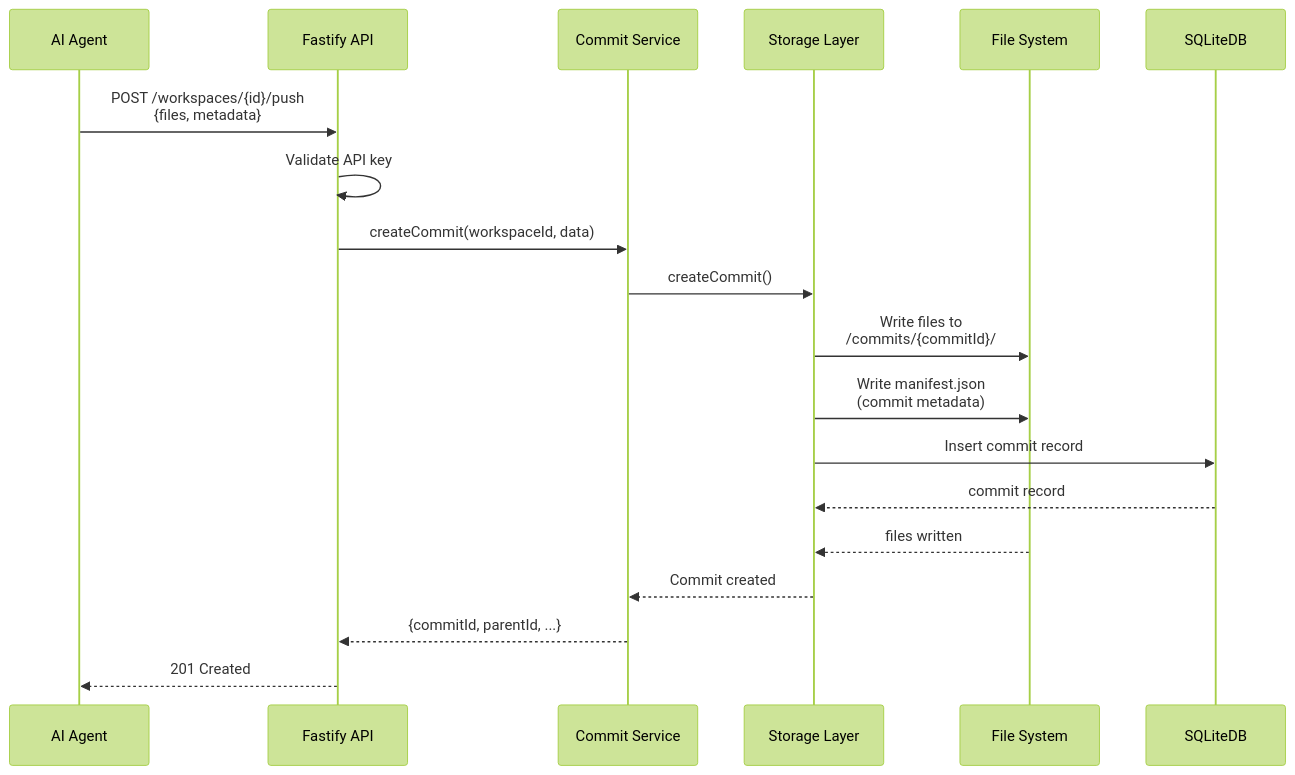
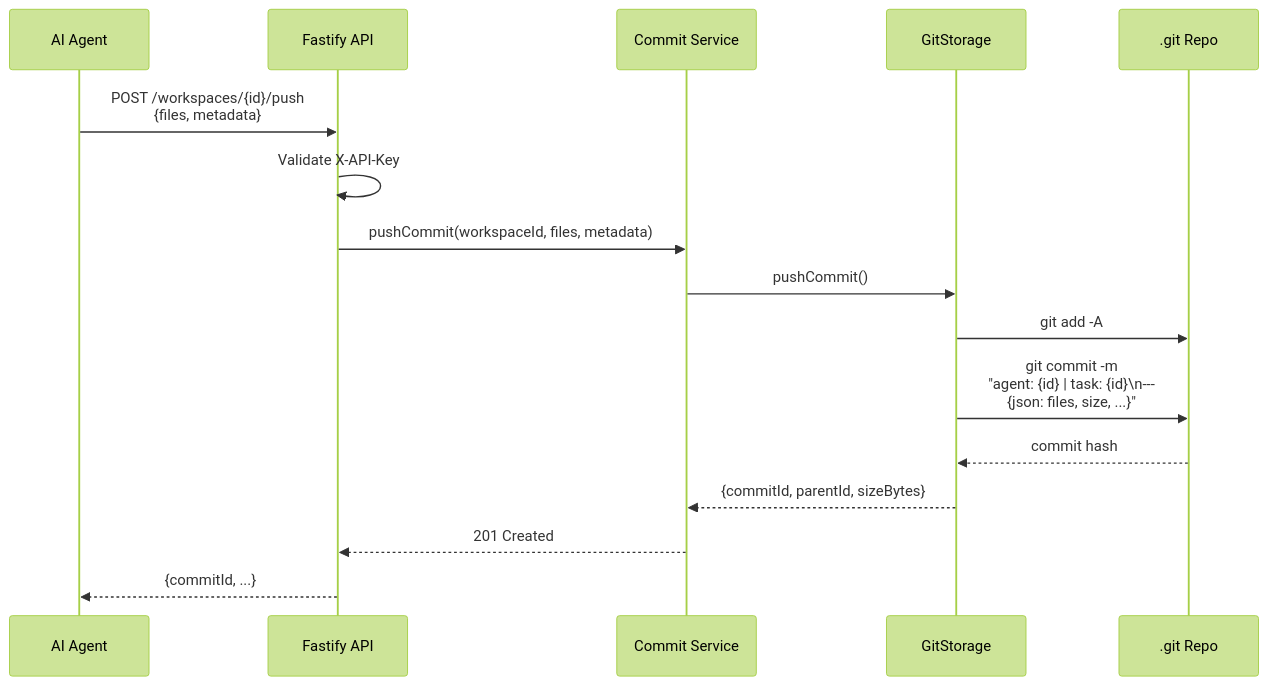
Before and after one commit to hwvaj12/contextvault: the second of 7 diagrams in docs/ARCHITECTURE.md, drawn with Mermaid (forest theme). The commit also changed other lines of this file, not shown here.

First line of the commit message:
docs: update architecture to reflect Git-native storage

````diff
--- a/docs/ARCHITECTURE.md
+++ b/docs/ARCHITECTURE.md
@@ -65,21 +84,19 @@
 ```mermaid
 sequenceDiagram
     participant Agent as AI Agent
     participant API as Fastify API
     participant Service as Commit Service
-    participant Storage as Storage Layer
-    participant FS as File System
+    participant Git as GitStorage
+    participant GitRepo as .git Repo
 
     Agent->>API: POST /workspaces/{id}/push<br/>{files, metadata}
-    API->>API: Validate API key
-    API->>Service: createCommit(workspaceId, data)
-    Service->>Storage: createCommit()
-    Storage->>FS: Write files to<br/>/commits/{commitId}/
-    Storage->>FS: Write manifest.json<br/>(commit metadata)
-    Storage->>SQLiteDB: Insert commit record
-    SQLiteDB-->>Storage: commit record
-    FS-->>Storage: files written
-    Storage-->>Service: Commit created
-    Service-->>API: {commitId, parentId, ...}
-    API-->>Agent: 201 Created
+    API->>API: Validate X-API-Key
+    API->>Service: pushCommit(workspaceId, files, metadata)
+    Service->>Git: pushCommit()
+    Git->>GitRepo: git add -A
+    Git->>GitRepo: git commit -m<br/>"agent: {id} | task: {id}\n---<br/>{json: files, size, ...}"
+    GitRepo-->>Git: commit hash
+    Git-->>Service: {commitId, parentId, sizeBytes}
+    Service-->>API: 201 Created
+    API-->>Agent: {commitId, ...}
 ```
````
